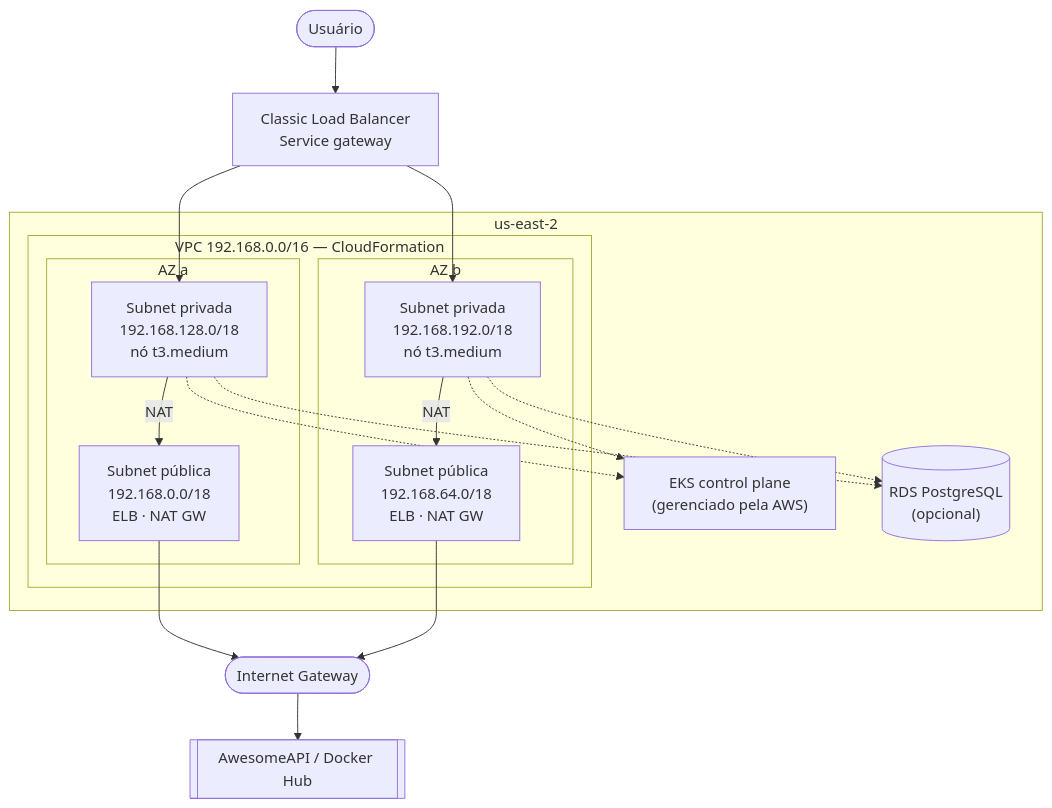
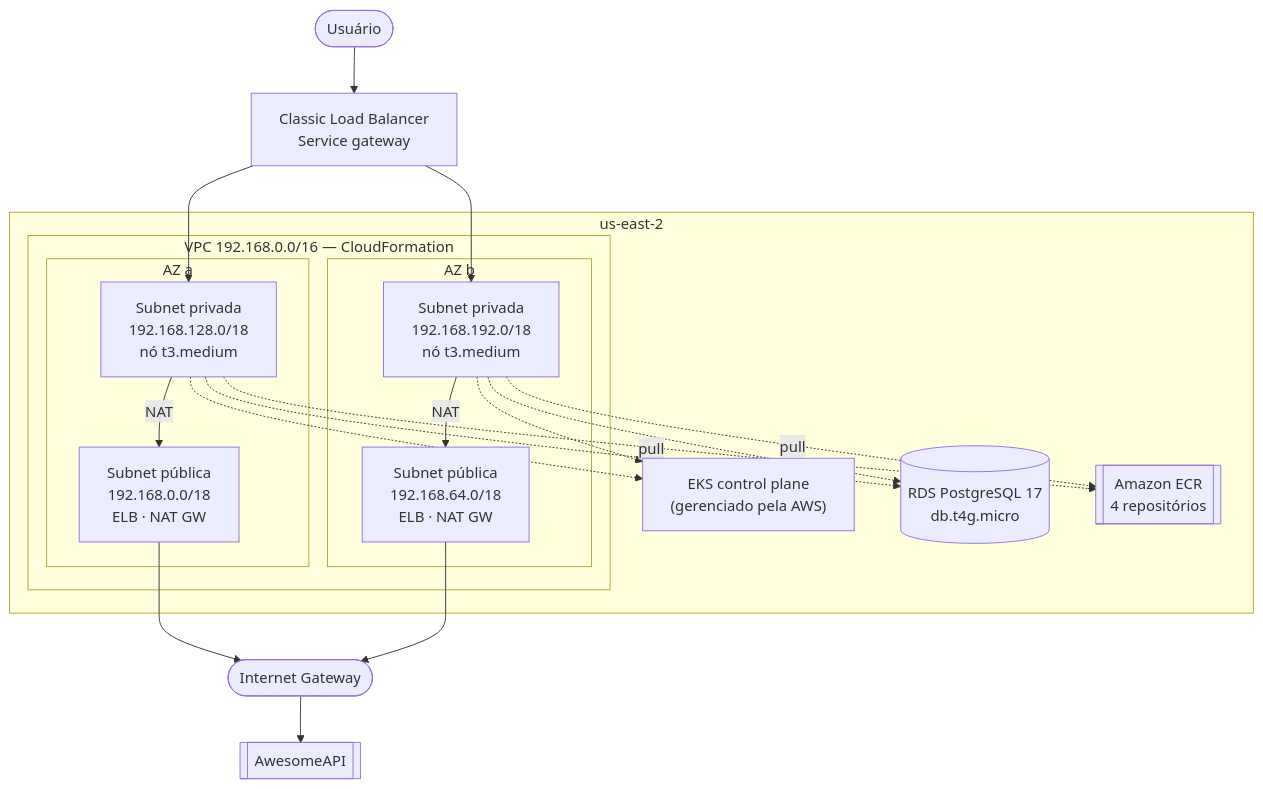
Before and after one commit to EuMiguelll/Projeto-PMA: the diagram in docs/projeto/eks.md, drawn with Mermaid. The commit also changed other lines of this file and 23 other files, not shown here.

First line of the commit message:
Deploy real no EKS: ECR, RDS, evidências, teste de carga e custos

````diff
--- a/docs/projeto/eks.md
+++ b/docs/projeto/eks.md
@@ -9,24 +9,26 @@
 ```mermaid
 flowchart TB
     user([Usuário]) --> elb
     subgraph region [us-east-2]
         subgraph vpc [VPC 192.168.0.0/16 — CloudFormation]
             subgraph az1 [AZ a]
                 pub1["Subnet pública<br/>192.168.0.0/18<br/>ELB · NAT GW"]
                 priv1["Subnet privada<br/>192.168.128.0/18<br/>nó t3.medium"]
             end
             subgraph az2 [AZ b]
                 pub2["Subnet pública<br/>192.168.64.0/18<br/>ELB · NAT GW"]
                 priv2["Subnet privada<br/>192.168.192.0/18<br/>nó t3.medium"]
             end
         end
         cp["EKS control plane<br/>(gerenciado pela AWS)"]
-        rds[("RDS PostgreSQL<br/>(opcional)")]
+        rds[("RDS PostgreSQL 17<br/>db.t4g.micro")]
+        ecr[["Amazon ECR<br/>4 repositórios"]]
     end
     elb["Classic Load Balancer<br/>Service gateway"] --> priv1 & priv2
     priv1 & priv2 -.-> cp
     priv1 & priv2 -.-> rds
+    priv1 & priv2 -.->|pull| ecr
     priv1 -->|NAT| pub1
     priv2 -->|NAT| pub2
-    pub1 & pub2 --> igw([Internet Gateway]) --> awesome[[AwesomeAPI / Docker Hub]]
+    pub1 & pub2 --> igw([Internet Gateway]) --> awesome[[AwesomeAPI]]
 ```
````
